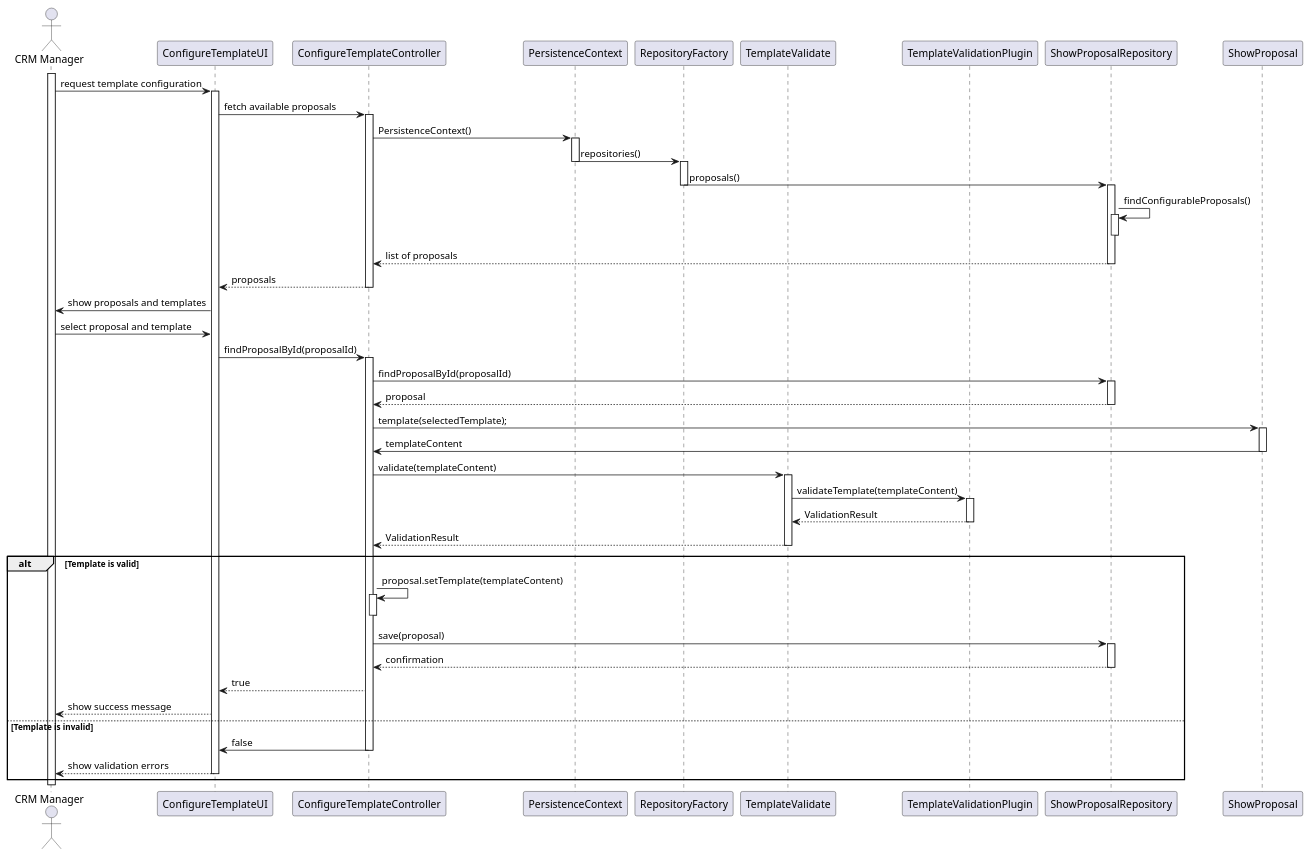
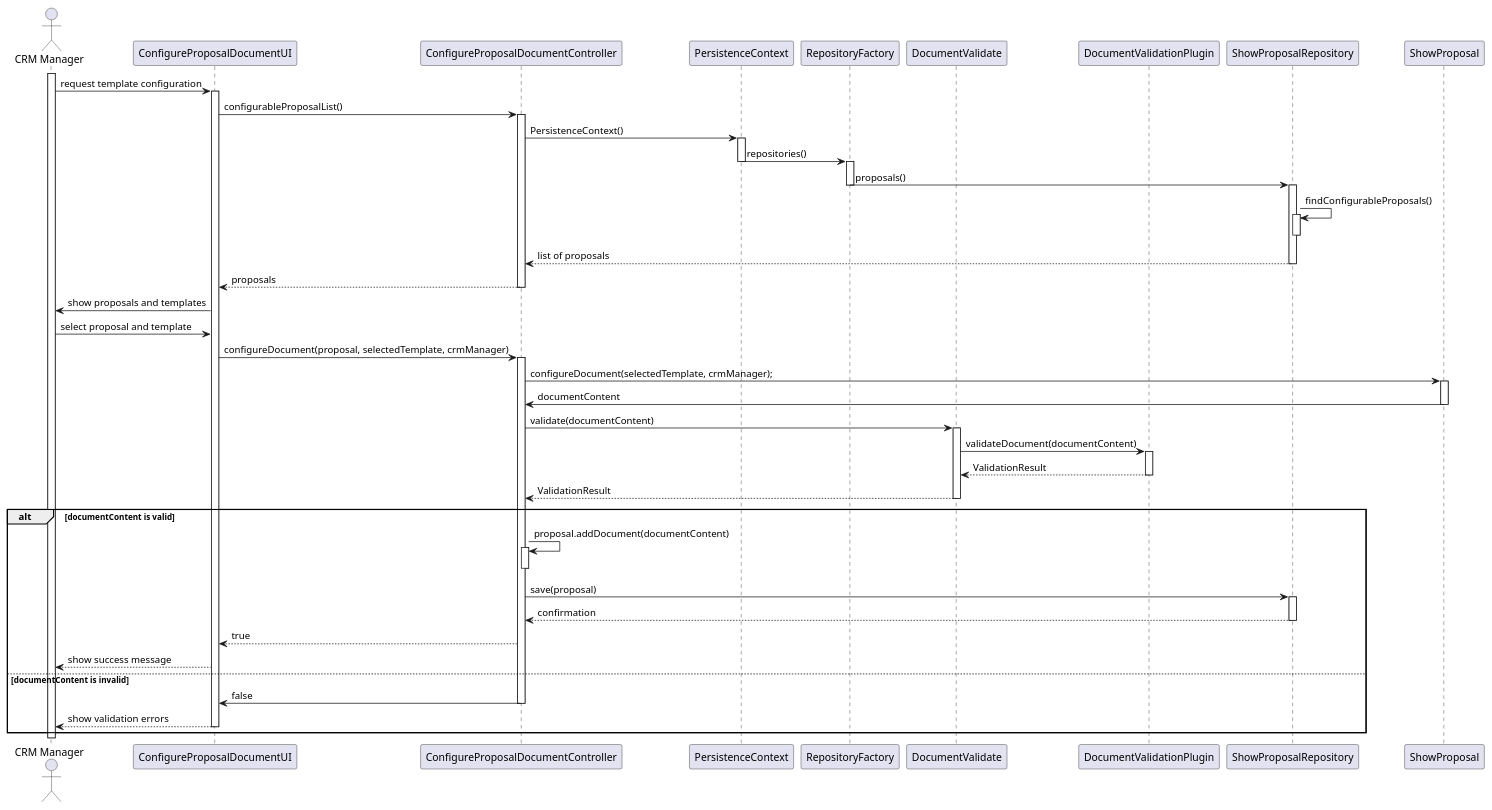
Before and after one commit to diogoveirospro/sem4pi-2024-2025-sem4pi_2024_2025_g44: the diagram in docs/SPRINT_3/US318/puml/sequence_diagram_us318.puml, drawn with PlantUML. The commit also changed 12 other files, not shown here.

```diff
--- a/docs/SPRINT_3/US318/puml/sequence_diagram_us318.puml
+++ b/docs/SPRINT_3/US318/puml/sequence_diagram_us318.puml
@@ -1,93 +1,88 @@
 @startuml
 actor "CRM Manager" as User
-participant "ConfigureTemplateUI" as UI
-participant "ConfigureTemplateController" as Controller
+participant "ConfigureProposalDocumentUI" as UI
+participant "ConfigureProposalDocumentController" as Controller
 participant "PersistenceContext" as Persistence
 participant "RepositoryFactory" as Factory
-participant "TemplateValidate" as Validator
-participant "TemplateValidationPlugin" as Plugin
+participant "DocumentValidate" as Validator
+participant "DocumentValidationPlugin" as Plugin
 participant "ShowProposalRepository" as Repo
 participant "ShowProposal" as Proposal
 
 activate User
 
 User -> UI : request template configuration
 activate UI
 
-UI -> Controller : fetch available proposals
+UI -> Controller : configurableProposalList()
 activate Controller
 
 Controller -> Persistence : PersistenceContext()
 activate Persistence
 
 Persistence -> Factory : repositories()
 deactivate Persistence
 
 activate Factory
 Factory -> Repo : proposals()
 deactivate Factory
 
 activate Repo
 Repo -> Repo : findConfigurableProposals()
 activate Repo
 deactivate Repo
 
 Repo --> Controller : list of proposals
 deactivate Repo
 
 Controller --> UI : proposals
 deactivate Controller
 
 UI -> User : show proposals and templates
 User -> UI : select proposal and template
-UI -> Controller: findProposalById(proposalId)
+UI -> Controller: configureDocument(proposal, selectedTemplate, crmManager)
 
 activate Controller
-Controller -> Repo : findProposalById(proposalId)
 
-activate Repo
-Repo --> Controller : proposal
-deactivate Repo
-
-Controller -> Proposal: template(selectedTemplate);
+Controller -> Proposal: configureDocument(selectedTemplate, crmManager);
 activate Proposal
 
-Proposal -> Controller : templateContent
+Proposal -> Controller : documentContent
 deactivate Proposal
 
-Controller -> Validator : validate(templateContent)
+Controller -> Validator : validate(documentContent)
 
 activate Validator
-Validator -> Plugin : validateTemplate(templateContent)
+Validator -> Plugin : validateDocument(documentContent)
 
 activate Plugin
 Plugin --> Validator : ValidationResult
 deactivate Plugin
 
 Validator --> Controller : ValidationResult
 deactivate Validator
 
-alt Template is valid
-    Controller -> Controller : proposal.setTemplate(templateContent)
+alt documentContent is valid
+    Controller -> Controller : proposal.addDocument(documentContent)
     activate Controller
     deactivate Controller
 
 
     Controller -> Repo : save(proposal)
     activate Repo
     Repo --> Controller : confirmation
     deactivate Repo
 
     Controller --> UI : true
     UI --> User : show success message
 
-else Template is invalid
+else documentContent is invalid
     Controller -> UI : false
     deactivate Controller
 
     UI --> User : show validation errors
     deactivate UI
 end
 
 deactivate User
 @enduml
```
